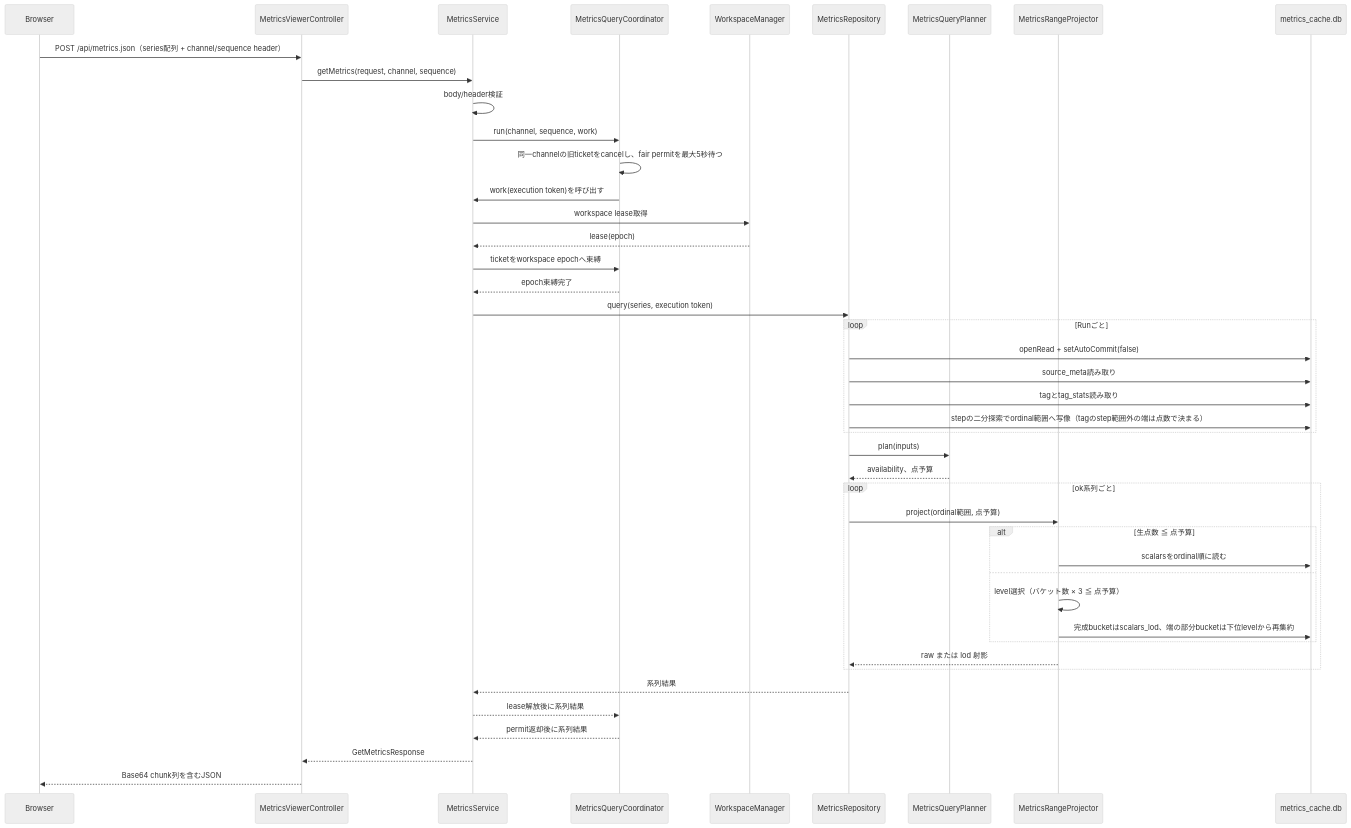
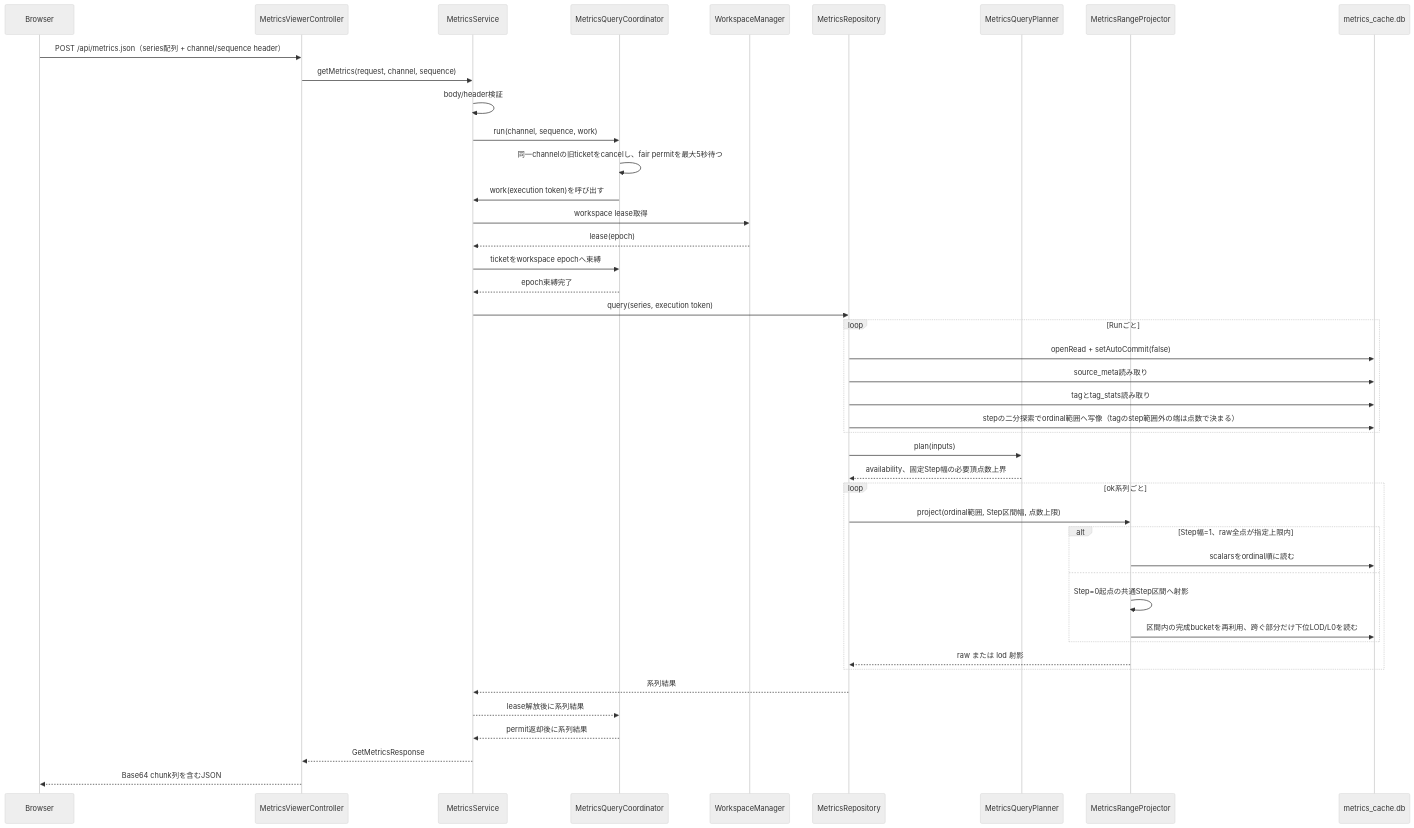
The fourth of 5 diagrams in docs/design/210_metrics_viewer.jp.md (kazukin123/anet-lab), drawn with Mermaid (neutral theme) before and after one commit. The commit also changed other lines of this file and 60 other files, not shown here.

````diff
--- a/docs/design/210_metrics_viewer.jp.md
+++ b/docs/design/210_metrics_viewer.jp.md
@@ -472,47 +472,47 @@
 ```mermaid
 sequenceDiagram
     participant B as Browser
     participant C as MetricsViewerController
     participant S as MetricsService
     participant Q as MetricsQueryCoordinator
     participant W as WorkspaceManager
     participant R as MetricsRepository
     participant P as MetricsQueryPlanner
     participant J as MetricsRangeProjector
     participant D as metrics_cache.db
 
     B->>C: POST /api/metrics.json（series配列 + channel/sequence header）
     C->>S: getMetrics(request, channel, sequence)
     S->>S: body/header検証
     S->>Q: run(channel, sequence, work)
     Q->>Q: 同一channelの旧ticketをcancelし、fair permitを最大5秒待つ
     Q->>S: work(execution token)を呼び出す
     S->>W: workspace lease取得
     W-->>S: lease(epoch)
     S->>Q: ticketをworkspace epochへ束縛
     Q-->>S: epoch束縛完了
     S->>R: query(series, execution token)
     loop Runごと
         R->>D: openRead + setAutoCommit(false)
         R->>D: source_meta読み取り
         R->>D: tagとtag_stats読み取り
         R->>D: stepの二分探索でordinal範囲へ写像（tagのstep範囲外の端は点数で決まる）
     end
     R->>P: plan(inputs)
-    P-->>R: availability、点予算
+    P-->>R: availability、固定Step幅の必要頂点数上界
     loop ok系列ごと
-        R->>J: project(ordinal範囲, 点予算)
-        alt 生点数 ≦ 点予算
+        R->>J: project(ordinal範囲, Step区間幅, 点数上限)
+        alt Step幅=1、raw全点が指定上限内
             J->>D: scalarsをordinal順に読む
         else
-            J->>J: level選択（バケット数 × 3 ≦ 点予算）
-            J->>D: 完成bucketはscalars_lod、端の部分bucketは下位levelから再集約
+            J->>J: Step=0起点の共通Step区間へ射影
+            J->>D: 区間内の完成bucketを再利用、跨ぐ部分だけ下位LOD/L0を読む
         end
         J-->>R: raw または lod 射影
     end
     R-->>S: 系列結果
     S-->>Q: lease解放後に系列結果
     Q-->>S: permit返却後に系列結果
     S-->>C: GetMetricsResponse
     C-->>B: Base64 chunk列を含むJSON
 ```
````
